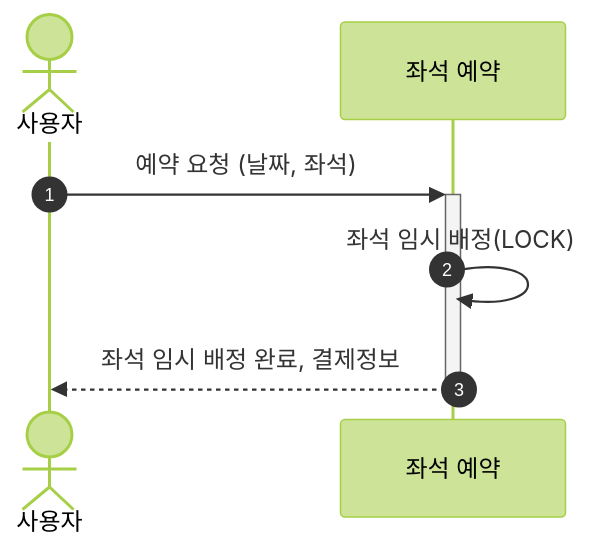
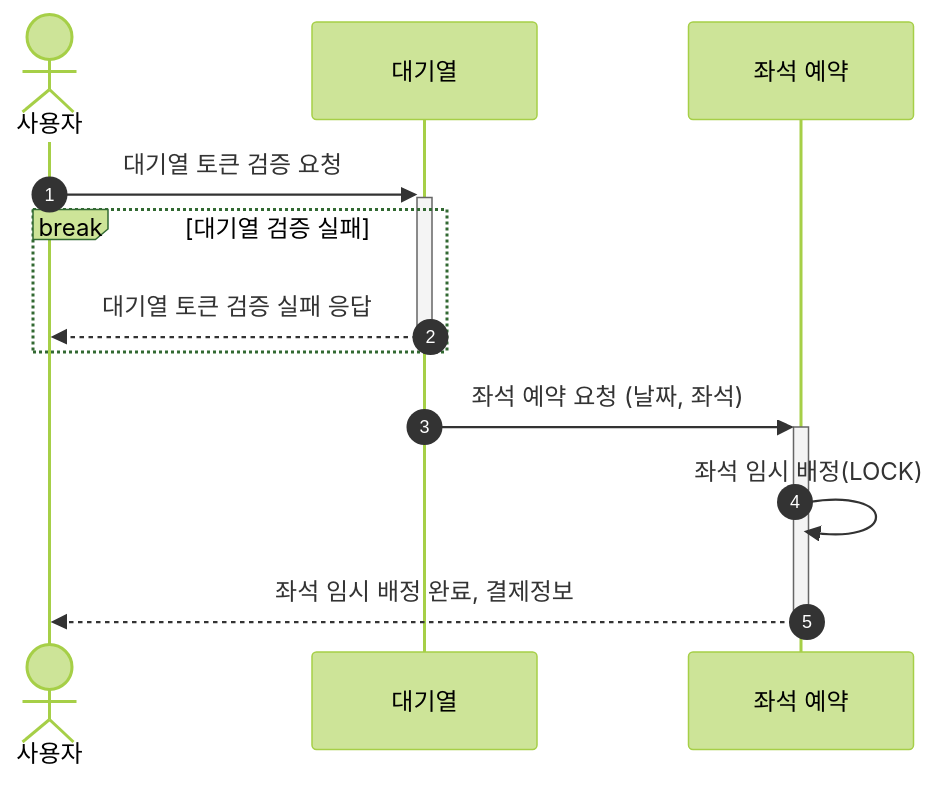
One commit to kmson-92/hhplus-concert-booking changed the fourth of 5 diagrams in README.md. Above: the diagram before and after it, drawn with Mermaid (forest theme). The commit also changed other lines of this file, not shown here.

Commit message:
시퀀스 다이어그램의 대기열 부분 수정

````diff
--- a/README.md
+++ b/README.md
@@ -107,8 +106,12 @@
 ```mermaid
    sequenceDiagram
     autonumber
     actor 사용자
-    사용자 ->>+ 좌석 예약: 예약 요청 (날짜, 좌석)
+    사용자 ->>+ 대기열: 대기열 토큰 검증 요청
+    break 대기열 검증 실패
+	    대기열 -->>- 사용자: 대기열 토큰 검증 실패 응답
+	  end
+    대기열 ->>+ 좌석 예약: 좌석 예약 요청 (날짜, 좌석)
     좌석 예약 ->> 좌석 예약: 좌석 임시 배정(LOCK)
     좌석 예약 -->>- 사용자: 좌석 임시 배정 완료, 결제정보
 ```
````
